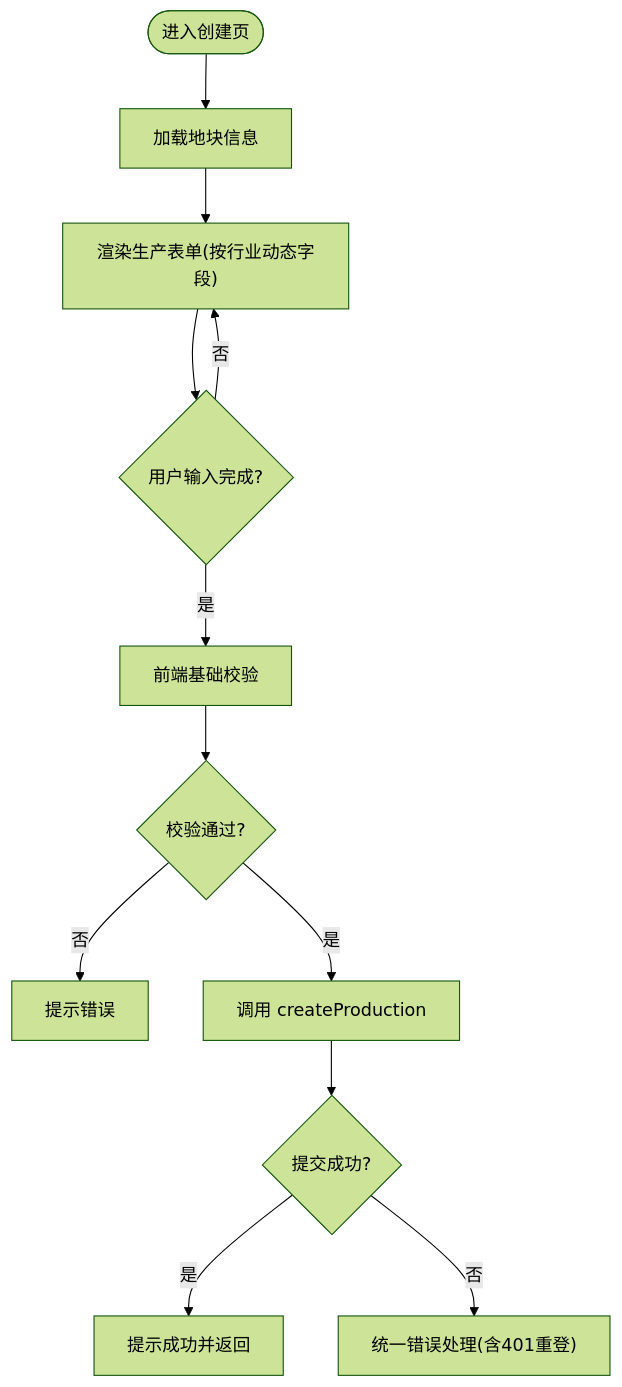
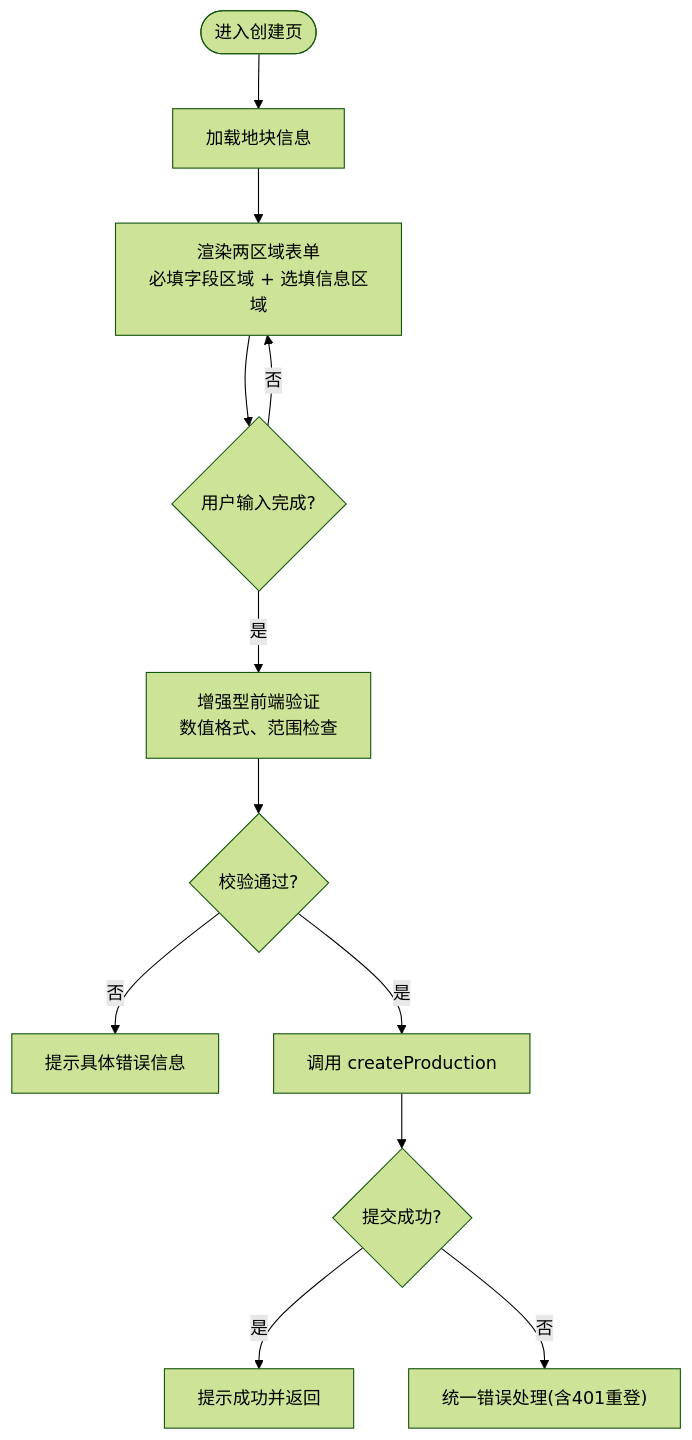
The fifth of 8 diagrams in .qoder/repowiki/zh/content/前端应用/生产跟踪模块.md (wungjyan/pocket-farm), drawn with Mermaid (forest theme) before and after one commit. The commit also changed other lines of this file and 198 other files, not shown here.

````diff
--- a/.qoder/repowiki/zh/content/前端应用/生产跟踪模块.md
+++ b/.qoder/repowiki/zh/content/前端应用/生产跟踪模块.md
@@ -215,14 +260,14 @@
 ```mermaid
 flowchart TD
 Start(["进入创建页"]) --> LoadPlot["加载地块信息"]
-LoadPlot --> ShowForm["渲染生产表单(按行业动态字段)"]
+LoadPlot --> ShowForm["渲染两区域表单<br/>必填字段区域 + 选填信息区域"]
 ShowForm --> UserInput{"用户输入完成?"}
 UserInput --> |否| ShowForm
-UserInput --> |是| Validate["前端基础校验"]
+UserInput --> |是| Validate["增强型前端验证<br/>数值格式、范围检查"]
 Validate --> Valid{"校验通过?"}
-Valid --> |否| ToastErr["提示错误"]
+Valid --> |否| ToastErr["提示具体错误信息"]
 Valid --> |是| Submit["调用 createProduction"]
 Submit --> Success{"提交成功?"}
 Success --> |是| Back["提示成功并返回"]
 Success --> |否| HandleErr["统一错误处理(含401重登)"]
 ```
````
